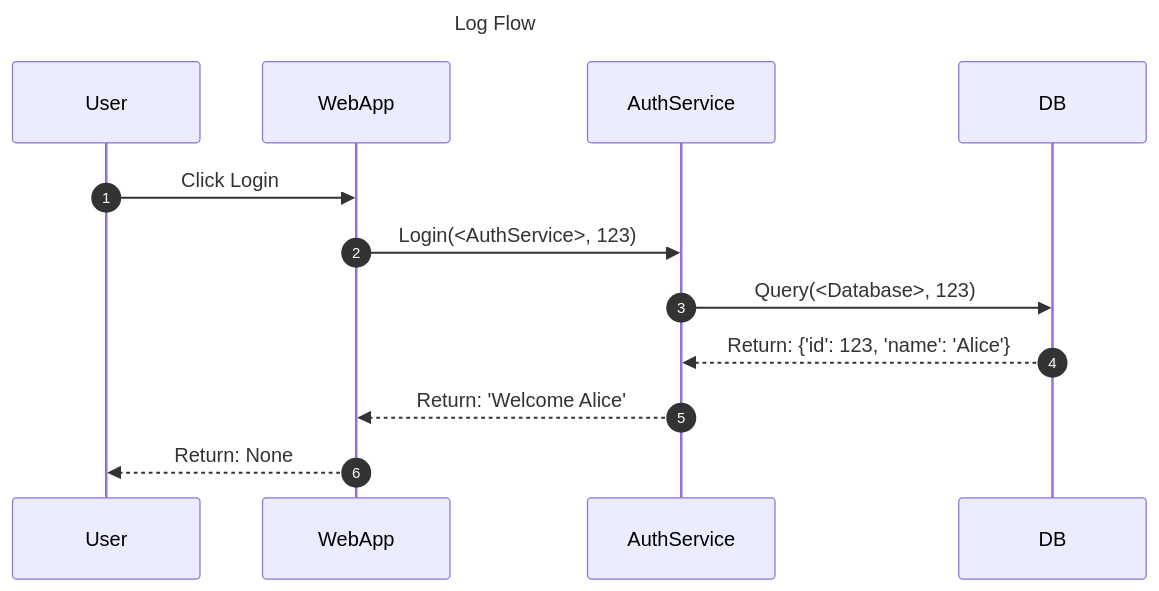
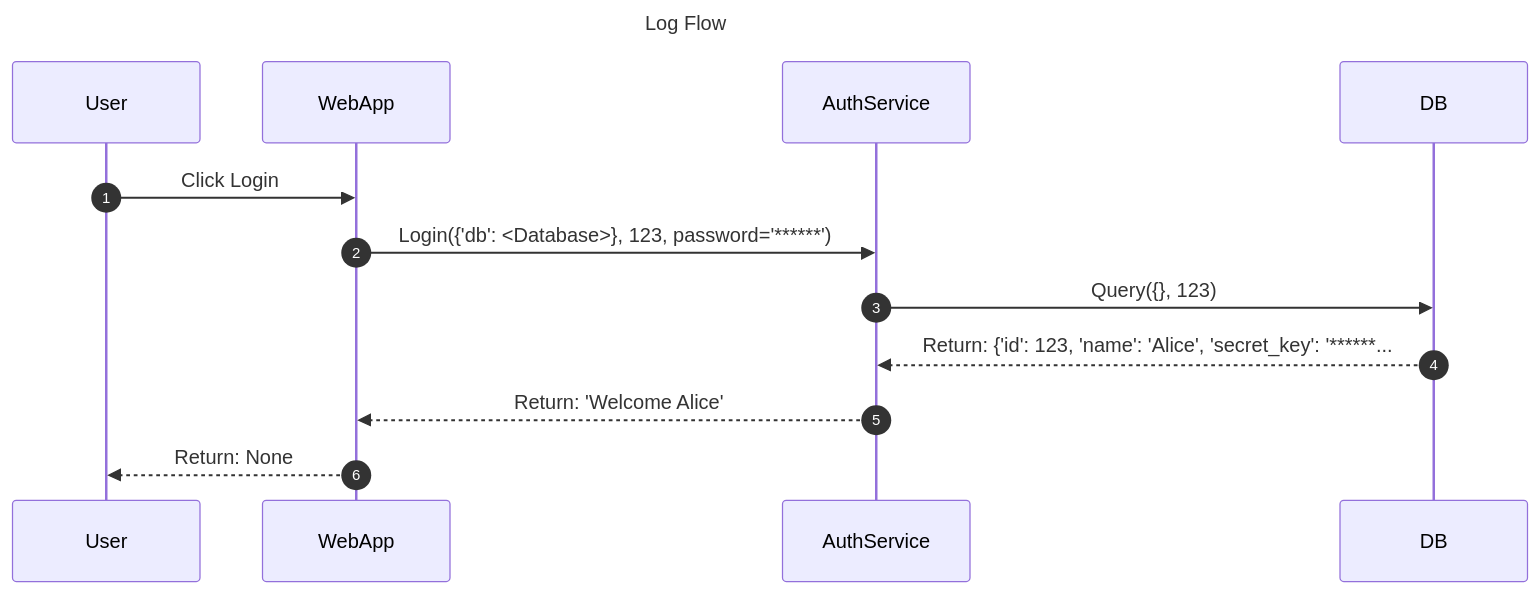
Before and after one commit to xt765/mermaid-trace: the diagram in mermaid_diagrams/examples/basic_flow.mmd, drawn with Mermaid. The commit also changed 23 other files, not shown here.

```diff
--- a/mermaid_diagrams/examples/basic_flow.mmd
+++ b/mermaid_diagrams/examples/basic_flow.mmd
@@ -1,10 +1,10 @@
 sequenceDiagram
     title Log Flow
     autonumber
 
 User->>WebApp: Click Login
-WebApp->>AuthService: Login(<AuthService>, 123)
-AuthService->>DB: Query(<Database>, 123)
-DB-->>AuthService: Return: {'id': 123, 'name': 'Alice'}
+WebApp->>AuthService: Login({'db': <Database>}, 123, password='******')
+AuthService->>DB: Query({}, 123)
+DB-->>AuthService: Return: {'id': 123, 'name': 'Alice', 'secret_key': '******...
 AuthService-->>WebApp: Return: 'Welcome Alice'
 WebApp-->>User: Return: None
```
